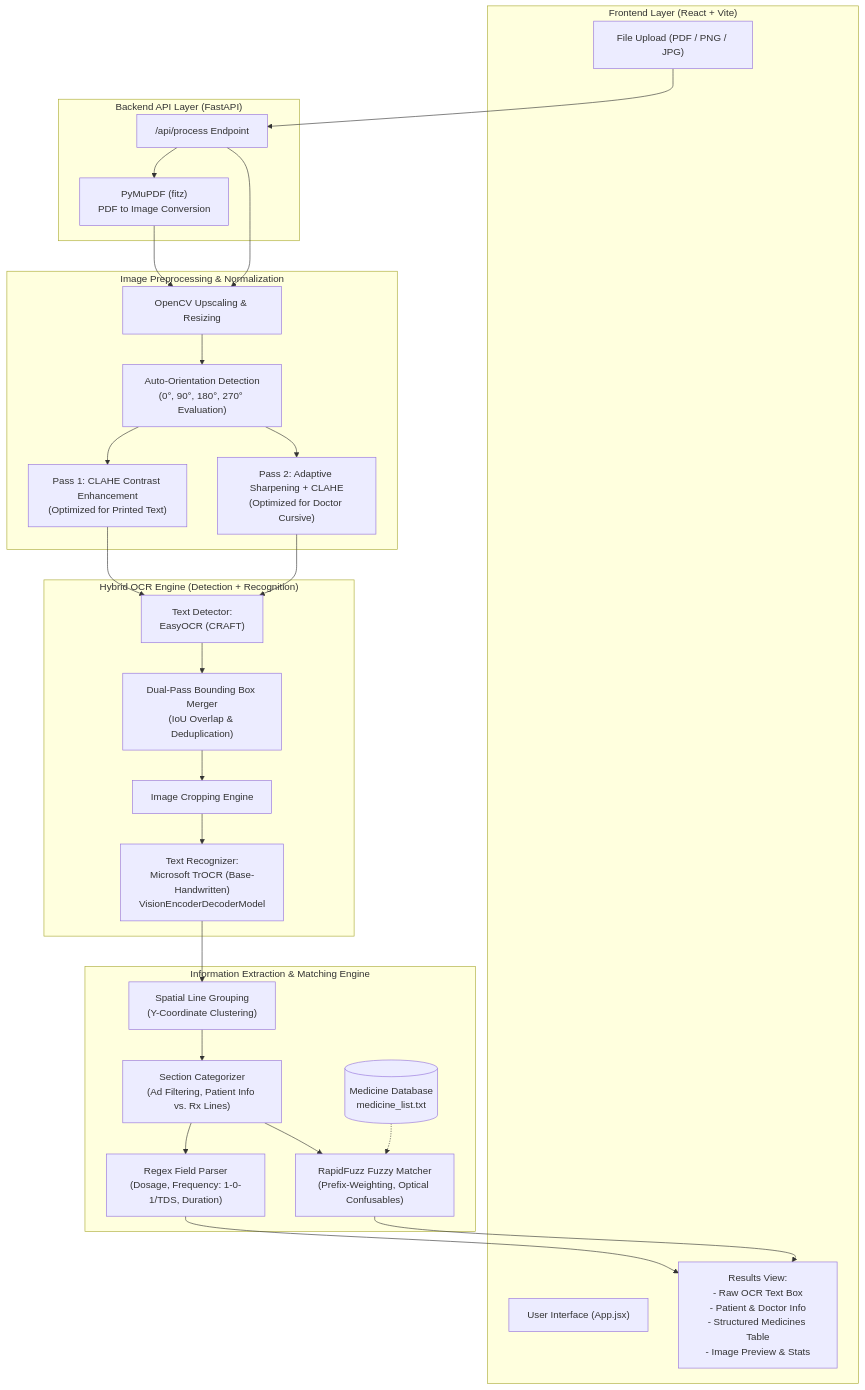
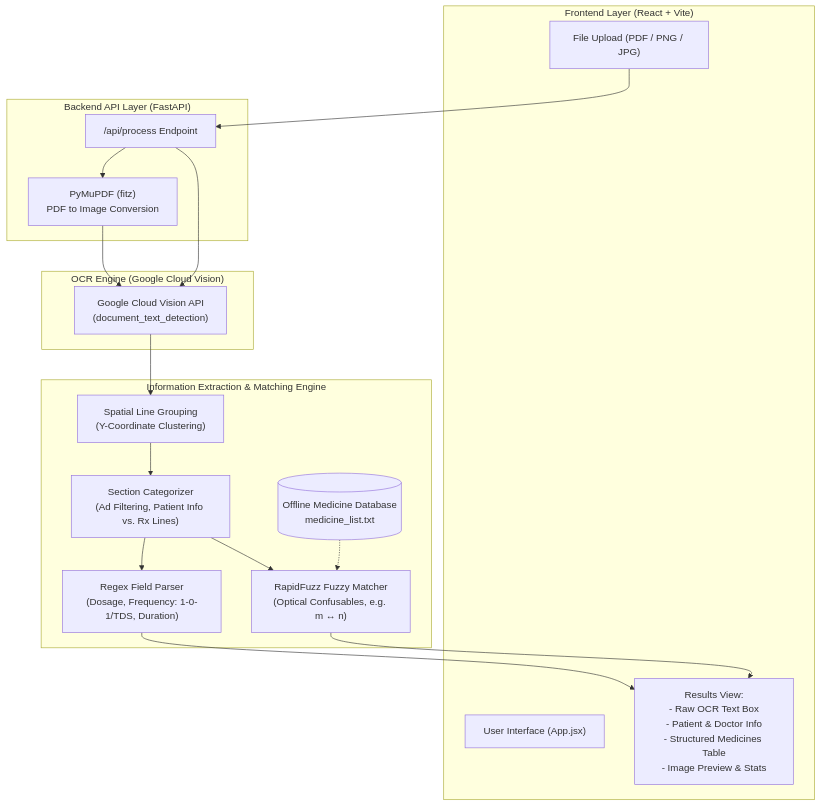
The diagram in README.md (Enervara-dev/Prescription-Intelligence), drawn with Mermaid before and after one commit. The commit also changed other lines of this file and 5 other files, not shown here.

Commit message:
chore: final backend cleanup, updated OCR architecture, and improved extraction engine

````diff
--- a/README.md
+++ b/README.md
@@ -9,58 +9,41 @@
 ```mermaid
 flowchart TD
     %% Client Tier
     subgraph Frontend["Frontend Layer (React + Vite)"]
         UI["User Interface (App.jsx)"]
         Upload["File Upload (PDF / PNG / JPG)"]
         Display["Results View:\n- Raw OCR Text Box\n- Patient & Doctor Info\n- Structured Medicines Table\n- Image Preview & Stats"]
     end
 
     %% API Tier
     subgraph BackendAPI["Backend API Layer (FastAPI)"]
         Router["/api/process Endpoint"]
         PDFConv["PyMuPDF (fitz)\nPDF to Image Conversion"]
     end
 
-    %% Preprocessing Tier
-    subgraph Preprocessing["Image Preprocessing & Normalization"]
-        CV2["OpenCV Upscaling & Resizing"]
-        Orient["Auto-Orientation Detection\n(0°, 90°, 180°, 270° Evaluation)"]
-        Pass1["Pass 1: CLAHE Contrast Enhancement\n(Optimized for Printed Text)"]
-        Pass2["Pass 2: Adaptive Sharpening + CLAHE\n(Optimized for Doctor Cursive)"]
-    end
-
     %% OCR Pipeline
-    subgraph OCR["Hybrid OCR Engine (Detection + Recognition)"]
-        EasyDetect["Text Detector:\nEasyOCR (CRAFT)"]
-        BoxMerge["Dual-Pass Bounding Box Merger\n(IoU Overlap & Deduplication)"]
-        Crop["Image Cropping Engine"]
-        TrOCR["Text Recognizer:\nMicrosoft TrOCR (Base-Handwritten)\nVisionEncoderDecoderModel"]
+    subgraph OCR["OCR Engine (Google Cloud Vision)"]
+        VisionAPI["Google Cloud Vision API\n(document_text_detection)"]
     end
 
     %% Parsing & Extraction
     subgraph Extraction["Information Extraction & Matching Engine"]
         LineGroup["Spatial Line Grouping\n(Y-Coordinate Clustering)"]
         Classifier["Section Categorizer\n(Ad Filtering, Patient Info vs. Rx Lines)"]
         RegexEngine["Regex Field Parser\n(Dosage, Frequency: 1-0-1/TDS, Duration)"]
-        MedDB[(Medicine Database\nmedicine_list.txt)]
-        FuzzyMatcher["RapidFuzz Fuzzy Matcher\n(Prefix-Weighting, Optical Confusables)"]
+        MedDB[(Offline Medicine Database\nmedicine_list.txt)]
+        FuzzyMatcher["RapidFuzz Fuzzy Matcher\n(Optical Confusables, e.g. m ↔ n)"]
     end
 
     %% Connections
     Upload --> Router
     Router --> PDFConv
-    PDFConv --> CV2
-    Router --> CV2
-    CV2 --> Orient
-    Orient --> Pass1 & Pass2
-    Pass1 & Pass2 --> EasyDetect
-    EasyDetect --> BoxMerge
-    BoxMerge --> Crop
-    Crop --> TrOCR
-    TrOCR --> LineGroup
+    PDFConv --> VisionAPI
+    Router --> VisionAPI
+    VisionAPI --> LineGroup
     LineGroup --> Classifier
     Classifier --> RegexEngine
     Classifier --> FuzzyMatcher
     MedDB -.-> FuzzyMatcher
     RegexEngine & FuzzyMatcher --> Display
 ```
````
